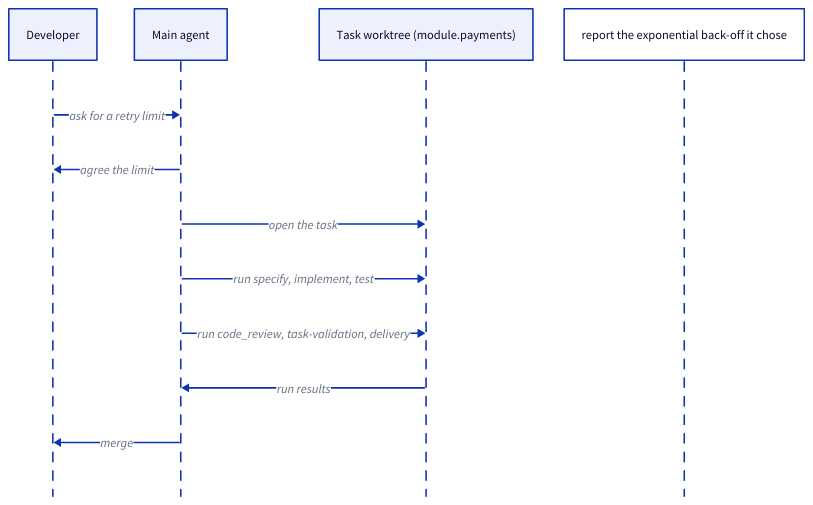
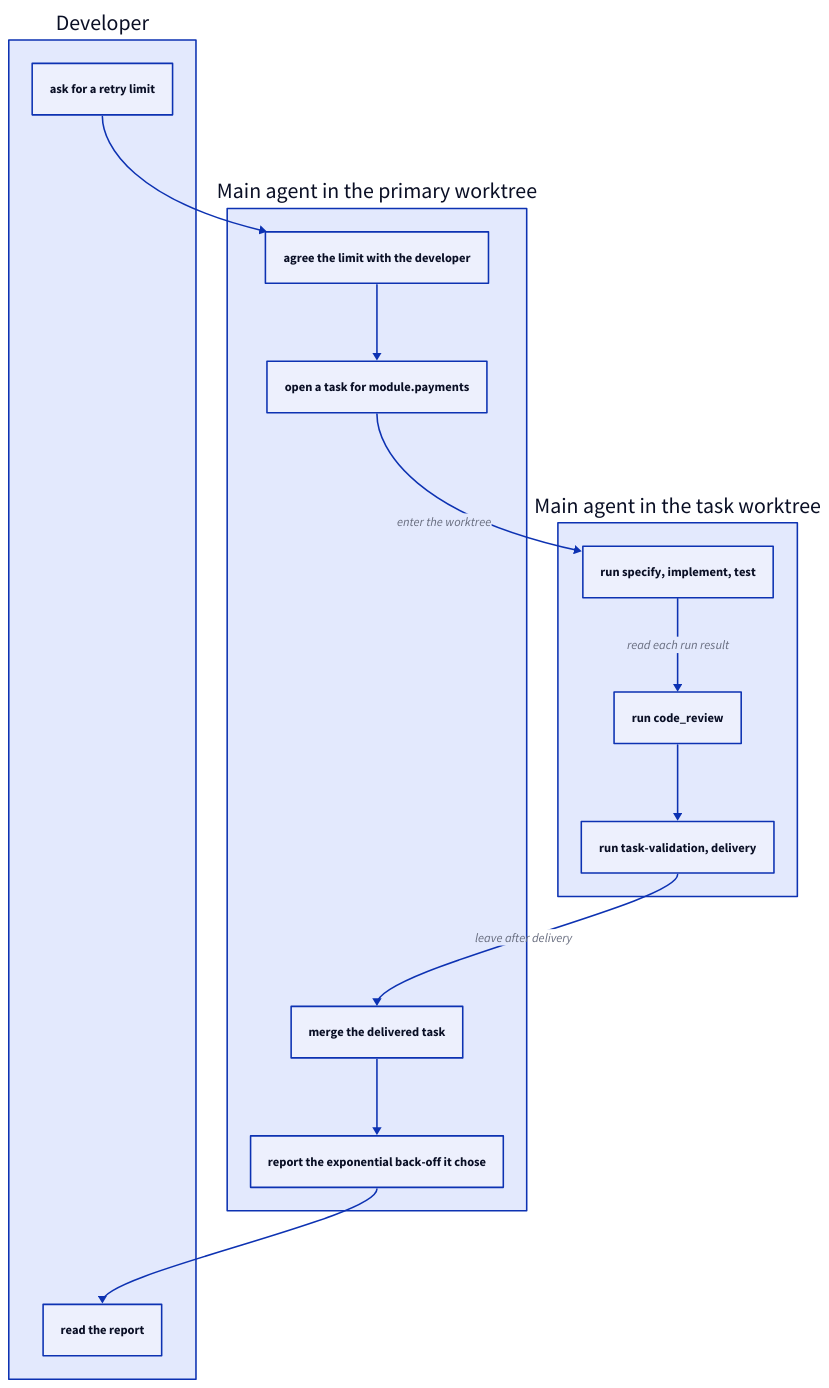
Before and after one commit to FTOD/concorde: the first of 4 diagrams in specs/concorde/coordination/main-session/module.md, drawn with D2. The commit also changed other lines of this file and 90 other files, not shown here.

````diff
--- a/specs/concorde/coordination/main-session/module.md
+++ b/specs/concorde/coordination/main-session/module.md
@@ -77,13 +89,26 @@
 ```d2 illustrative
-shape: sequence_diagram
-developer: Developer
-main: Main agent
-task: Task worktree (module.payments)
-developer -> main: ask for a retry limit
-main -> developer: agree the limit
-main -> task: open the task
-main -> task: run specify, implement, test
-main -> task: run code_review, task-validation, delivery
-task -> main: run results
-main -> developer: merge; report the exponential back-off it chose
+direction: down
+developer: Developer {
+  ask: ask for a retry limit
+  read: read the report
+}
+primary: Main agent in the primary worktree {
+  agree: agree the limit with the developer
+  open: open a task for module.payments
+  merge: merge the delivered task
+  report: report the exponential back-off it chose
+}
+task: Main agent in the task worktree {
+  work: run specify, implement, test
+  review: run code_review
+  deliver: run task-validation, delivery
+}
+developer.ask -> primary.agree
+primary.agree -> primary.open
+primary.open -> task.work: enter the worktree
+task.work -> task.review: read each run result
+task.review -> task.deliver
+task.deliver -> primary.merge: leave after delivery
+primary.merge -> primary.report
+primary.report -> developer.read
 ```
````
